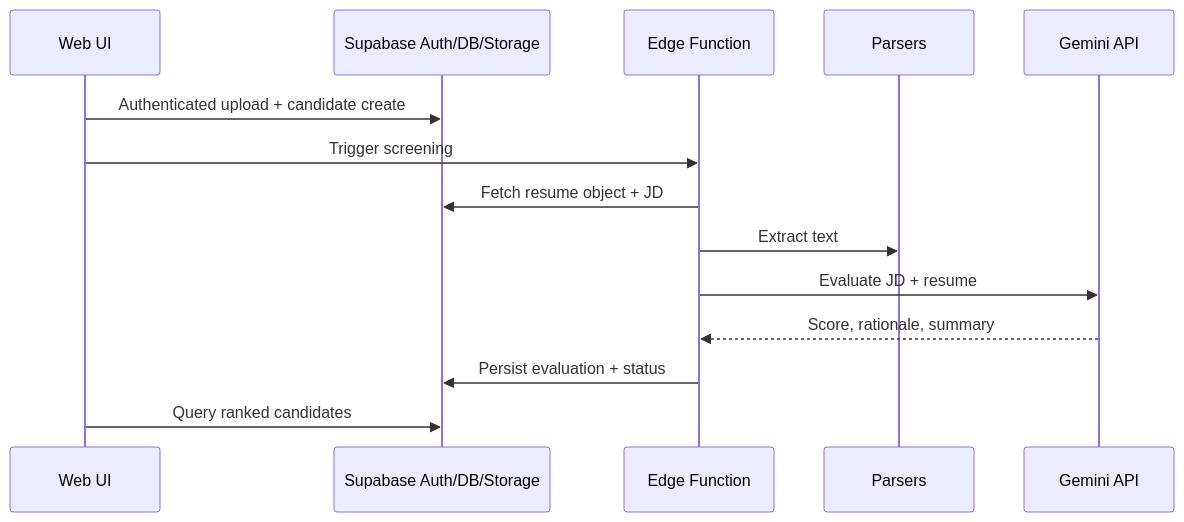
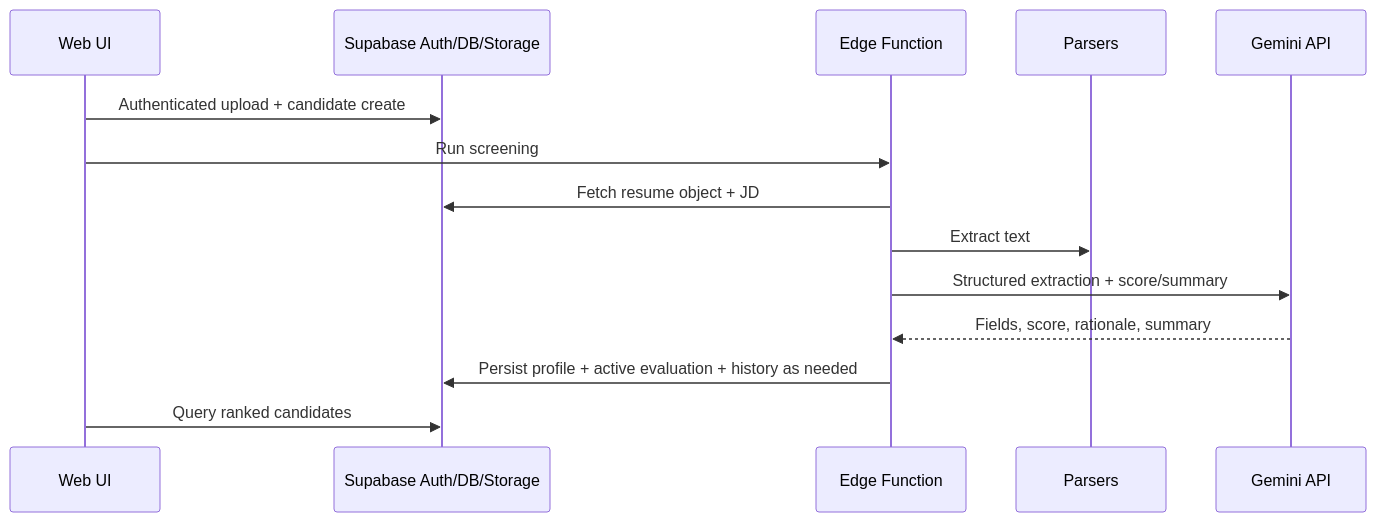
Before and after one commit to VishnuVardhan-CH-2022/resume-rank-ai-dev: the sixth of 11 diagrams in docs/01-requirements/03-Software-Requirements-Specification.md, drawn with Mermaid. The commit also changed other lines of this file and 3 other files, not shown here.

````diff
--- a/docs/01-requirements/03-Software-Requirements-Specification.md
+++ b/docs/01-requirements/03-Software-Requirements-Specification.md
@@ -639,17 +736,17 @@
 ```mermaid
 sequenceDiagram
   participant UI as Web UI
   participant SB as Supabase Auth/DB/Storage
   participant EF as Edge Function
   participant P as Parsers
   participant G as Gemini API
 
   UI->>SB: Authenticated upload + candidate create
-  UI->>EF: Trigger screening
+  UI->>EF: Run screening
   EF->>SB: Fetch resume object + JD
   EF->>P: Extract text
-  EF->>G: Evaluate JD + resume
-  G-->>EF: Score, rationale, summary
-  EF->>SB: Persist evaluation + status
+  EF->>G: Structured extraction + score/summary
+  G-->>EF: Fields, score, rationale, summary
+  EF->>SB: Persist profile + active evaluation + history as needed
   UI->>SB: Query ranked candidates
 ```
````
